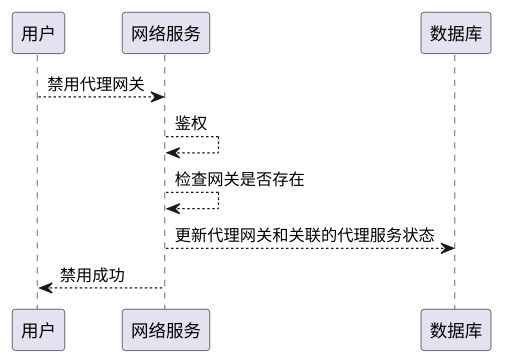
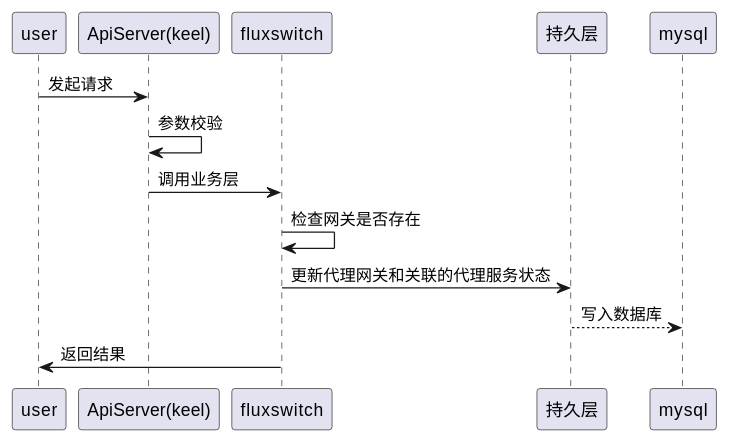
The fourth of 12 diagrams in docs/api/appendix/plantuml/fluxswitch.md (tkeel-io/docs), drawn with PlantUML before and after one commit. The commit also changed other lines of this file and 2 other files, not shown here.

Commit message:
feat: update plugin manager uml & fluxswicth manager

````diff
--- a/docs/api/appendix/plantuml/fluxswitch.md
+++ b/docs/api/appendix/plantuml/fluxswitch.md
@@ -83,13 +98,17 @@
 ```plantuml
+@startuml
+participant "user" as user
+participant "ApiServer(keel)" as keel
+participant "fluxswitch" as fluxswitch
+participant "持久层" as dblayer
+participant "mysql" as mysql
 
-participant "用户" as user
-participant "网络服务" as fluxswitch
-participant "数据库"  as db
-
-user --> fluxswitch : 禁用代理网关
-fluxswitch --> fluxswitch : 鉴权
-fluxswitch --> fluxswitch : 检查网关是否存在
-fluxswitch --> db : 更新代理网关和关联的代理服务状态
-fluxswitch --> user : 禁用成功
-
+user -> keel : 发起请求
+keel -> keel : 参数校验 
+keel -> fluxswitch : 调用业务层
+fluxswitch -> fluxswitch : 检查网关是否存在
+fluxswitch -> dblayer : 更新代理网关和关联的代理服务状态
+dblayer --> mysql : 写入数据库
+fluxswitch -> user : 返回结果
+@enduml
 ```
````
